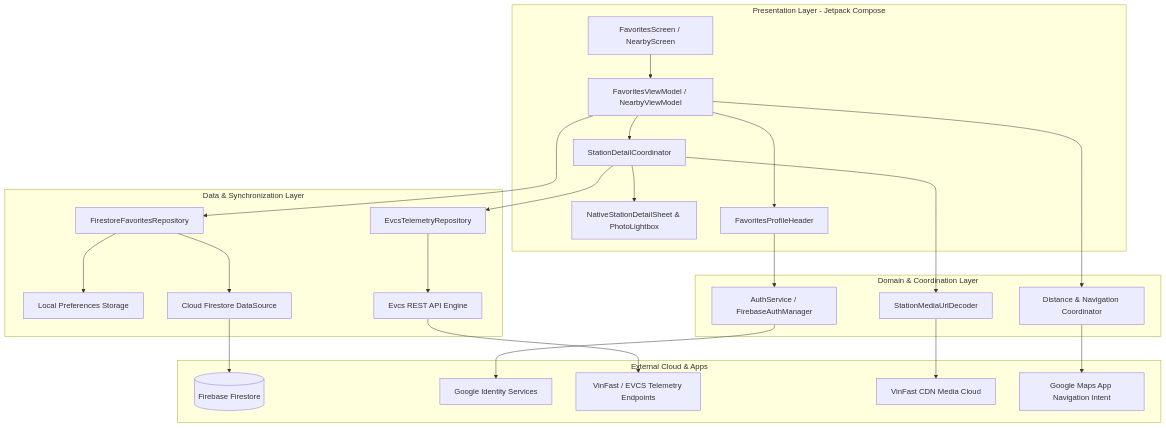
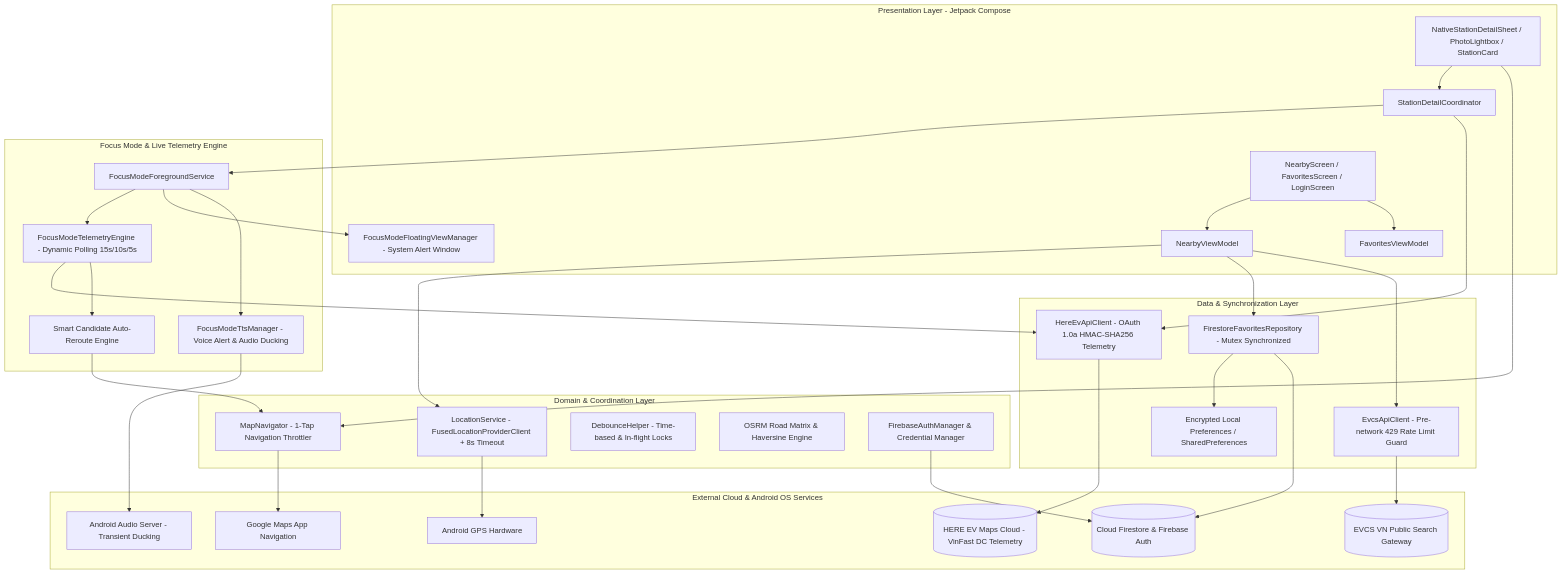
Before and after one commit to skul9x/EV-Plus: the diagram in README.md, drawn with Mermaid. The commit also changed other lines of this file, not shown here.

Commit message:
docs: rewrite README.md with comprehensive project architecture and detailed tech stack

````diff
--- a/README.md
+++ b/README.md
@@ -82,31 +161,71 @@
 ```mermaid
-graph TD
-    subgraph UI_Layer [Presentation Layer - Jetpack Compose]
-        A[FavoritesScreen / NearbyScreen] --> B[FavoritesViewModel / NearbyViewModel]
-        B --> C[StationDetailCoordinator]
-        C --> D[NativeStationDetailSheet & PhotoLightbox]
-        B --> P[FavoritesProfileHeader]
+graph TB
+    subgraph Presentation_Layer [Presentation Layer - Jetpack Compose]
+        UI_Screens[NearbyScreen / FavoritesScreen / LoginScreen]
+        UI_Components[NativeStationDetailSheet / PhotoLightbox / StationCard]
+        UI_Floating[FocusModeFloatingViewManager - System Alert Window]
+        VM_Nearby[NearbyViewModel]
+        VM_Fav[FavoritesViewModel]
+        VM_Detail[StationDetailCoordinator]
+    end
+
+    subgraph Focus_Subsystem [Focus Mode & Live Telemetry Engine]
+        FGS[FocusModeForegroundService]
+        FTE[FocusModeTelemetryEngine - Dynamic Polling 15s/10s/5s]
+        TTS[FocusModeTtsManager - Voice Alert & Audio Ducking]
+        REROUTE[Smart Candidate Auto-Reroute Engine]
     end
 
     subgraph Domain_Layer [Domain & Coordination Layer]
-        C --> E[StationMediaUrlDecoder]
-        B --> F[Distance & Navigation Coordinator]
-        P --> G[AuthService / FirebaseAuthManager]
+        NAV[MapNavigator - 1-Tap Navigation Throttler]
+        LOC[LocationService - FusedLocationProviderClient + 8s Timeout]
+        DEBOUNCE[DebounceHelper - Time-based & In-flight Locks]
+        ROUTING[OSRM Road Matrix & Haversine Engine]
+        AUTH_MGR[FirebaseAuthManager & Credential Manager]
     end
 
     subgraph Data_Layer [Data & Synchronization Layer]
-        B --> H[FirestoreFavoritesRepository]
-        H --> I[Local Preferences Storage]
-        H --> J[Cloud Firestore DataSource]
-        C --> K[EvcsTelemetryRepository]
-        K --> L[Evcs REST API Engine]
+        REPO_FAV[FirestoreFavoritesRepository - Mutex Synchronized]
+        REPO_HERE[HereEvApiClient - OAuth 1.0a HMAC-SHA256 Telemetry]
+        REPO_EVCS[EvcsApiClient - Pre-network 429 Rate Limit Guard]
+        CACHE_LOCAL[Encrypted Local Preferences / SharedPreferences]
     end
 
-    subgraph External_Services [External Cloud & Apps]
-        J --> M[(Firebase Firestore)]
-        G --> N[Google Identity Services]
-        L --> O[VinFast / EVCS Telemetry Endpoints]
-        E --> Q[VinFast CDN Media Cloud]
-        F --> R[Google Maps App Navigation Intent]
+    subgraph External_Services [External Cloud & Android OS Services]
+        EXT_HERE[(HERE EV Maps Cloud - VinFast DC Telemetry)]
+        EXT_EVCS[(EVCS VN Public Search Gateway)]
+        EXT_FIREBASE[(Cloud Firestore & Firebase Auth)]
+        EXT_MAPS[Google Maps App Navigation]
+        EXT_GPS[Android GPS Hardware]
+        EXT_AUDIO[Android Audio Server - Transient Ducking]
     end
+
+    %% Flow Connections
+    UI_Screens --> VM_Nearby
+    UI_Screens --> VM_Fav
+    UI_Components --> VM_Detail
+    UI_Components --> NAV
+    
+    VM_Nearby --> LOC
+    VM_Nearby --> REPO_FAV
+    VM_Nearby --> REPO_EVCS
+    
+    VM_Detail --> FGS
+    VM_Detail --> REPO_HERE
+    
+    FGS --> FTE
+    FGS --> UI_Floating
+    FGS --> TTS
+    FTE --> REPO_HERE
+    FTE --> REROUTE
+    REROUTE --> NAV
+    
+    NAV --> EXT_MAPS
+    LOC --> EXT_GPS
+    TTS --> EXT_AUDIO
+    REPO_FAV --> CACHE_LOCAL
+    REPO_FAV --> EXT_FIREBASE
+    REPO_HERE --> EXT_HERE
+    REPO_EVCS --> EXT_EVCS
+    AUTH_MGR --> EXT_FIREBASE
 ```
````
